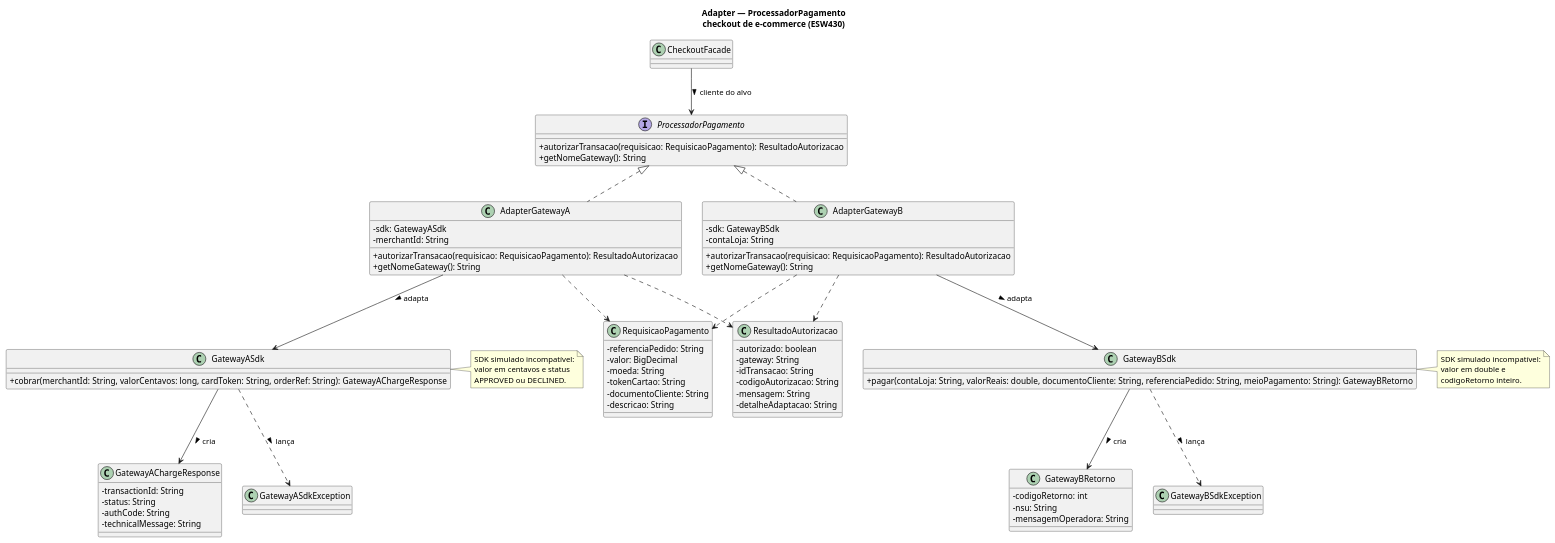
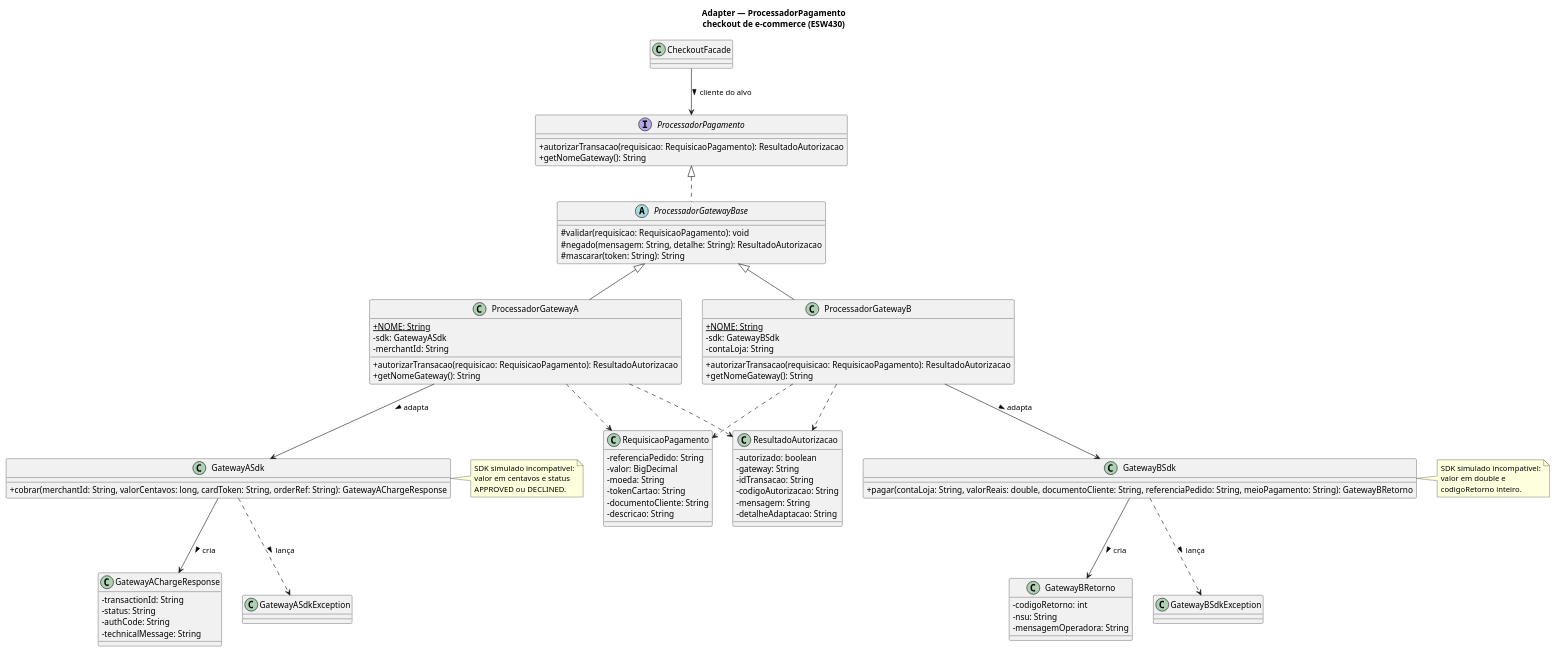
Before and after one commit to HenriqueSpyder/Projeto-Padroes-GOF: the diagram in docs/diagrams/adapter.puml, drawn with PlantUML. The commit also changed 16 other files, not shown here.

```diff
--- a/docs/diagrams/adapter.puml
+++ b/docs/diagrams/adapter.puml
@@ -1,95 +1,104 @@
 @startuml adapter
 skinparam classAttributeIconSize 0
 title Adapter — ProcessadorPagamento\ncheckout de e-commerce (ESW430)
 
 interface ProcessadorPagamento {
     + autorizarTransacao(requisicao: RequisicaoPagamento): ResultadoAutorizacao
     + getNomeGateway(): String
 }
 
-class AdapterGatewayA {
+abstract class ProcessadorGatewayBase {
+    # validar(requisicao: RequisicaoPagamento): void
+    # negado(mensagem: String, detalhe: String): ResultadoAutorizacao
+    # mascarar(token: String): String
+}
+
+class ProcessadorGatewayA {
+    + {static} NOME: String
     - sdk: GatewayASdk
     - merchantId: String
     + autorizarTransacao(requisicao: RequisicaoPagamento): ResultadoAutorizacao
     + getNomeGateway(): String
 }
 
-class AdapterGatewayB {
+class ProcessadorGatewayB {
+    + {static} NOME: String
     - sdk: GatewayBSdk
     - contaLoja: String
     + autorizarTransacao(requisicao: RequisicaoPagamento): ResultadoAutorizacao
     + getNomeGateway(): String
 }
 
 class GatewayASdk {
     + cobrar(merchantId: String, valorCentavos: long, cardToken: String, orderRef: String): GatewayAChargeResponse
 }
 
 class GatewayAChargeResponse {
     - transactionId: String
     - status: String
     - authCode: String
     - technicalMessage: String
 }
 
 class GatewayASdkException
 
 class GatewayBSdk {
     + pagar(contaLoja: String, valorReais: double, documentoCliente: String, referenciaPedido: String, meioPagamento: String): GatewayBRetorno
 }
 
 class GatewayBRetorno {
     - codigoRetorno: int
     - nsu: String
     - mensagemOperadora: String
 }
 
 class GatewayBSdkException
 
 class RequisicaoPagamento {
     - referenciaPedido: String
     - valor: BigDecimal
     - moeda: String
     - tokenCartao: String
     - documentoCliente: String
     - descricao: String
 }
 
 class ResultadoAutorizacao {
     - autorizado: boolean
     - gateway: String
     - idTransacao: String
     - codigoAutorizacao: String
     - mensagem: String
     - detalheAdaptacao: String
 }
 
 class CheckoutFacade
 
-ProcessadorPagamento <|.. AdapterGatewayA
-ProcessadorPagamento <|.. AdapterGatewayB
-AdapterGatewayA --> GatewayASdk : adapta >
-AdapterGatewayB --> GatewayBSdk : adapta >
+ProcessadorPagamento <|.. ProcessadorGatewayBase
+ProcessadorGatewayBase <|-- ProcessadorGatewayA
+ProcessadorGatewayBase <|-- ProcessadorGatewayB
+ProcessadorGatewayA --> GatewayASdk : adapta >
+ProcessadorGatewayB --> GatewayBSdk : adapta >
 GatewayASdk --> GatewayAChargeResponse : cria >
 GatewayASdk ..> GatewayASdkException : lança >
 GatewayBSdk --> GatewayBRetorno : cria >
 GatewayBSdk ..> GatewayBSdkException : lança >
-AdapterGatewayA ..> RequisicaoPagamento
-AdapterGatewayB ..> RequisicaoPagamento
-AdapterGatewayA ..> ResultadoAutorizacao
-AdapterGatewayB ..> ResultadoAutorizacao
+ProcessadorGatewayA ..> RequisicaoPagamento
+ProcessadorGatewayB ..> RequisicaoPagamento
+ProcessadorGatewayA ..> ResultadoAutorizacao
+ProcessadorGatewayB ..> ResultadoAutorizacao
 CheckoutFacade --> ProcessadorPagamento : cliente do alvo >
 
 note right of GatewayASdk
   SDK simulado incompatível:
   valor em centavos e status
   APPROVED ou DECLINED.
 end note
 
 note right of GatewayBSdk
   SDK simulado incompatível:
   valor em double e
   codigoRetorno inteiro.
 end note
 
 @enduml
```
